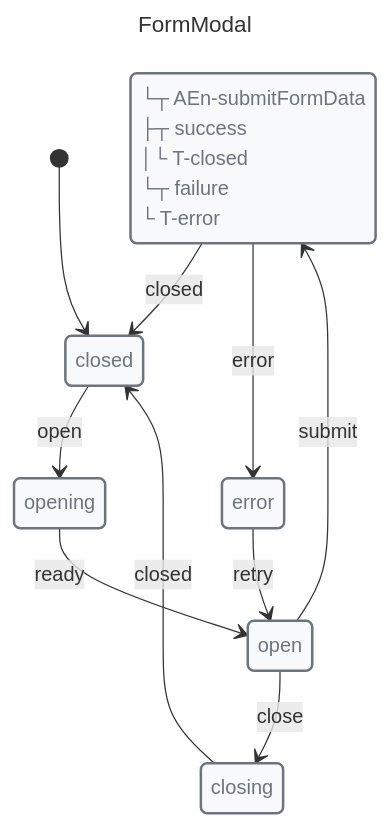
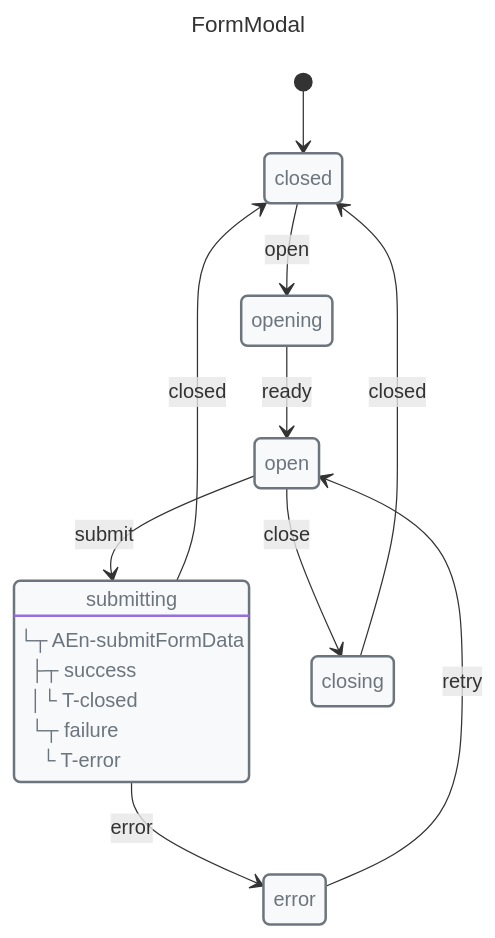
The fifth of 5 diagrams in docs/recipes/modal-dialog.md (Masquerade-Circus/x-robot), drawn with Mermaid before and after one commit. The commit also changed other lines of this file and 123 other files, not shown here.

Commit message:
refactor: improve mermaid code

````diff
--- a/docs/recipes/modal-dialog.md
+++ b/docs/recipes/modal-dialog.md
@@ -291,39 +291,40 @@
 ```mermaid
 ---
 title: FormModal
 ---
 
 stateDiagram-v2
+direction TB
 
 classDef danger fill:#f8d7da,stroke:#721c24,stroke-width:2px,text-align:left,color:#721c24
 classDef warning fill:#fff3cd,stroke:#856404,stroke-width:2px,text-align:left,color:#856404
 classDef success fill:#d4edda,stroke:#155724,stroke-width:2px,text-align:left,color:#155724
 classDef primary fill:#cce5ff,stroke:#004085,stroke-width:2px,text-align:left,color:#004085
 classDef info fill:#d1ecf1,stroke:#0c5460,stroke-width:2px,text-align:left,color:#0c5460
 classDef def fill:#f8f9fa,stroke:#6c757d,stroke-width:2px,text-align:left,color:#6c757d
 
-state closed
-state opening
-state open
-state submitting
-state closing
-state error
+state "closed" as closed
+state "opening" as opening
+state "open" as open
+state "submitting" as submitting
+state "closing" as closing
+state "error" as error
 class closed def
 class opening def
 class open def
 class submitting def
 class closing def
 class error def
 
-submitting: └┬ AEn-submitFormData<br> ├┬ success<br> │└ T-closed<br> └┬ failure<br>  └ T-error
+submitting: └┬ AEn-submitFormData<br> ├┬ success<br> │└ T-closed<br> └┬ failure<br>  └ T-error
 
 [*] --> closed
 closed --> opening: open
 opening --> open: ready
 open --> closing: close
 open --> submitting: submit
 submitting --> closed: closed
 submitting --> error: error
 closing --> closed: closed
 error --> open: retry
 ```
````
